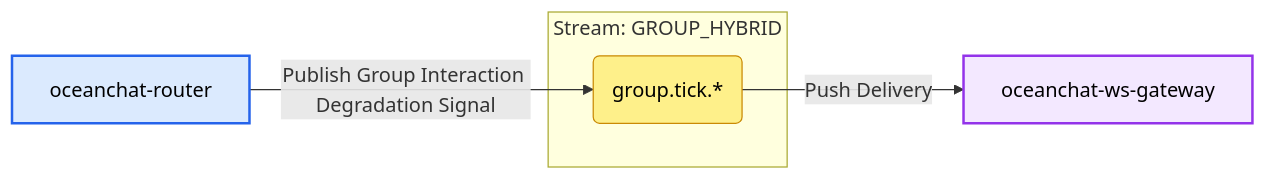
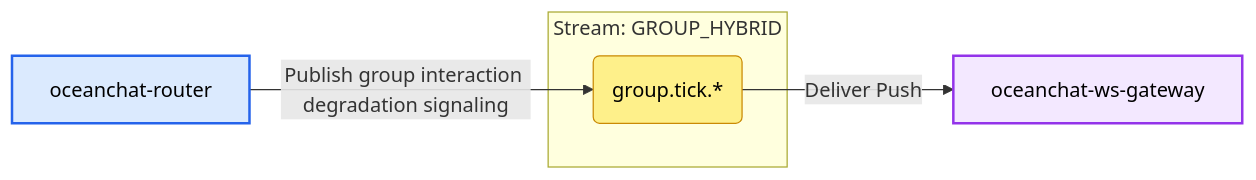
The ninth of 13 diagrams in docs/devdocs/jetstream-strategy.md (JamesWilson19970101/ocean.chat.docs), drawn with Mermaid before and after one commit. The commit also changed other lines of this file and 1 other file, not shown here.

````diff
--- a/docs/devdocs/jetstream-strategy.md
+++ b/docs/devdocs/jetstream-strategy.md
@@ -408,16 +427,16 @@
 ```mermaid
 flowchart LR
   classDef gateway fill:#f3e8ff,stroke:#9333ea,stroke-width:2px,color:#000;
   classDef service fill:#dbeafe,stroke:#2563eb,stroke-width:2px,color:#000;
   classDef subject fill:#fef08a,stroke:#ca8a04,stroke-width:1px,color:#000;
 
   P[oceanchat-router]:::service
   C[oceanchat-ws-gateway]:::gateway
 
   subgraph Stream: GROUP_HYBRID
     SUB(group.tick.*):::subject
   end
 
-  P -- Publish Group Interaction Degradation Signal --> SUB
-  SUB -- Push Delivery --> C
+  P -- Publish group interaction degradation signaling --> SUB
+  SUB -- Deliver Push --> C
 ```
````
